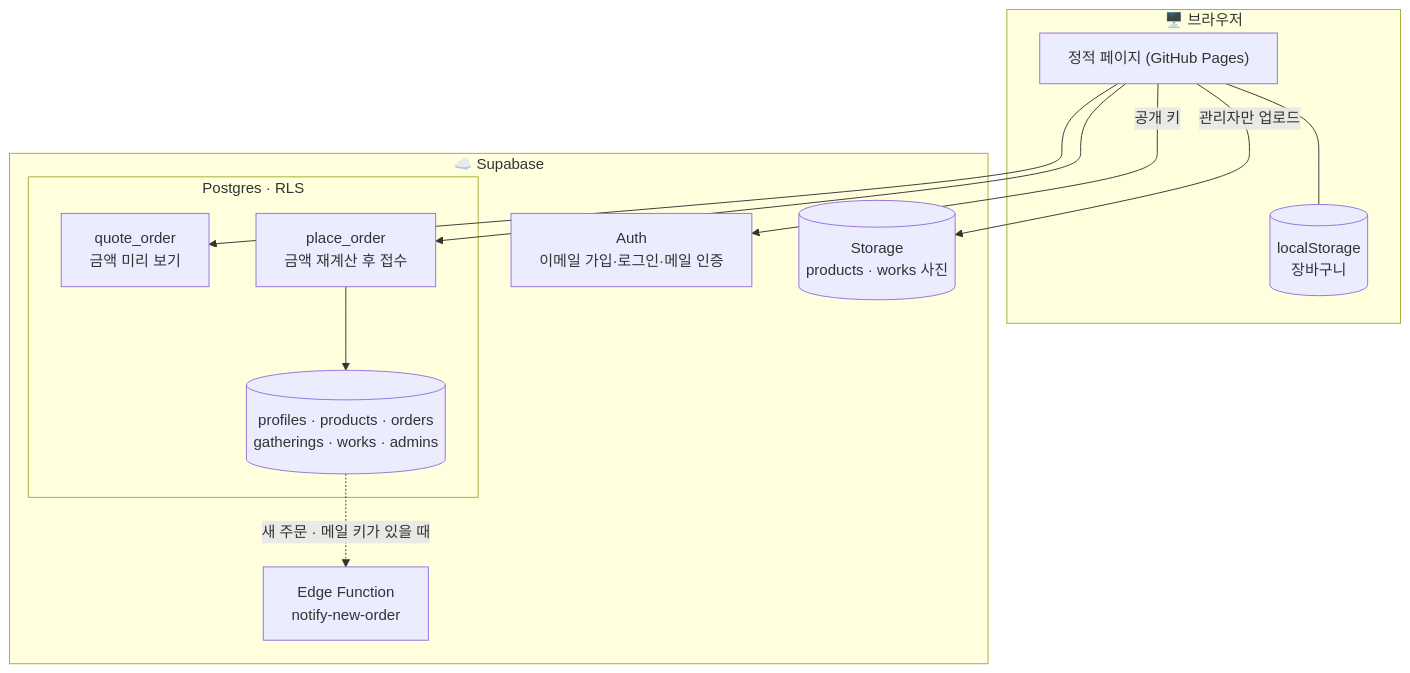
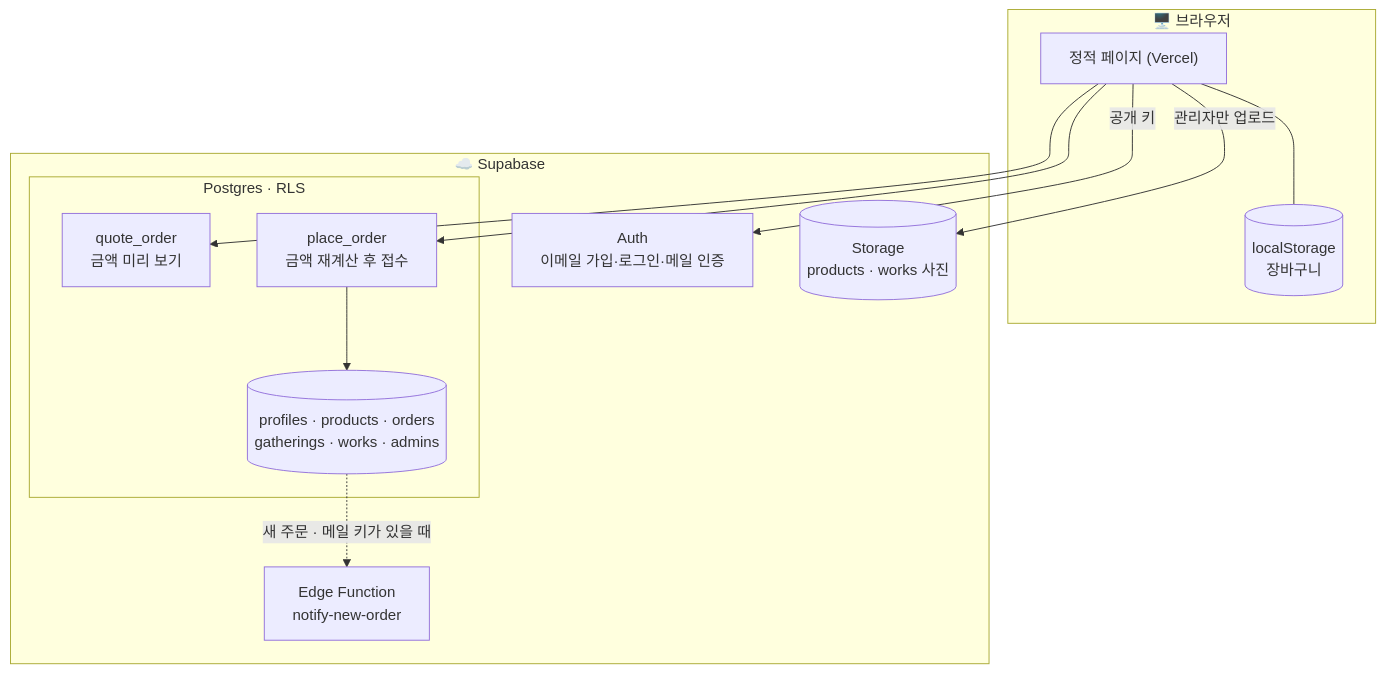
One commit to beang66/seoldamhwa changed the second of 7 diagrams in README.md. Above: the diagram before and after it, drawn with Mermaid. The commit also changed other lines of this file and 10 other files, not shown here.

````diff
--- a/README.md
+++ b/README.md
@@ -190,23 +191,23 @@
 ```mermaid
 flowchart TB
     subgraph Client["🖥️ 브라우저"]
-        UI["정적 페이지 (GitHub Pages)"]
+        UI["정적 페이지 (Vercel)"]
         LS[("localStorage<br>장바구니")]
         UI --- LS
     end
     subgraph SB["☁️ Supabase"]
         AUTH["Auth<br>이메일 가입·로그인·메일 인증"]
         subgraph PG["Postgres · RLS"]
             Q["quote_order<br>금액 미리 보기"]
             P["place_order<br>금액 재계산 후 접수"]
             T[("profiles · products · orders<br>gatherings · works · admins")]
         end
         ST[("Storage<br>products · works 사진")]
         EF["Edge Function<br>notify-new-order"]
     end
     UI -->|"공개 키"| AUTH
     UI --> Q & P
     P --> T
     UI -->|"관리자만 업로드"| ST
     T -.->|"새 주문 · 메일 키가 있을 때"| EF
 ```
````
